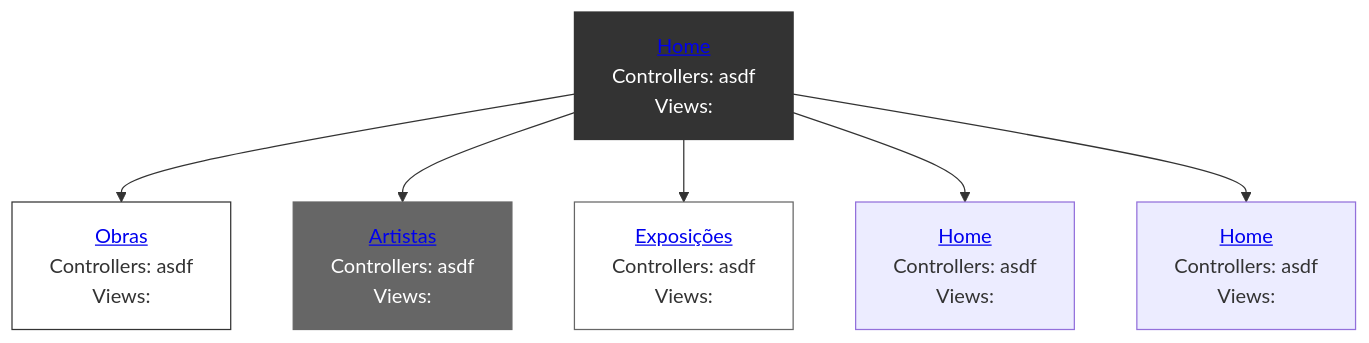
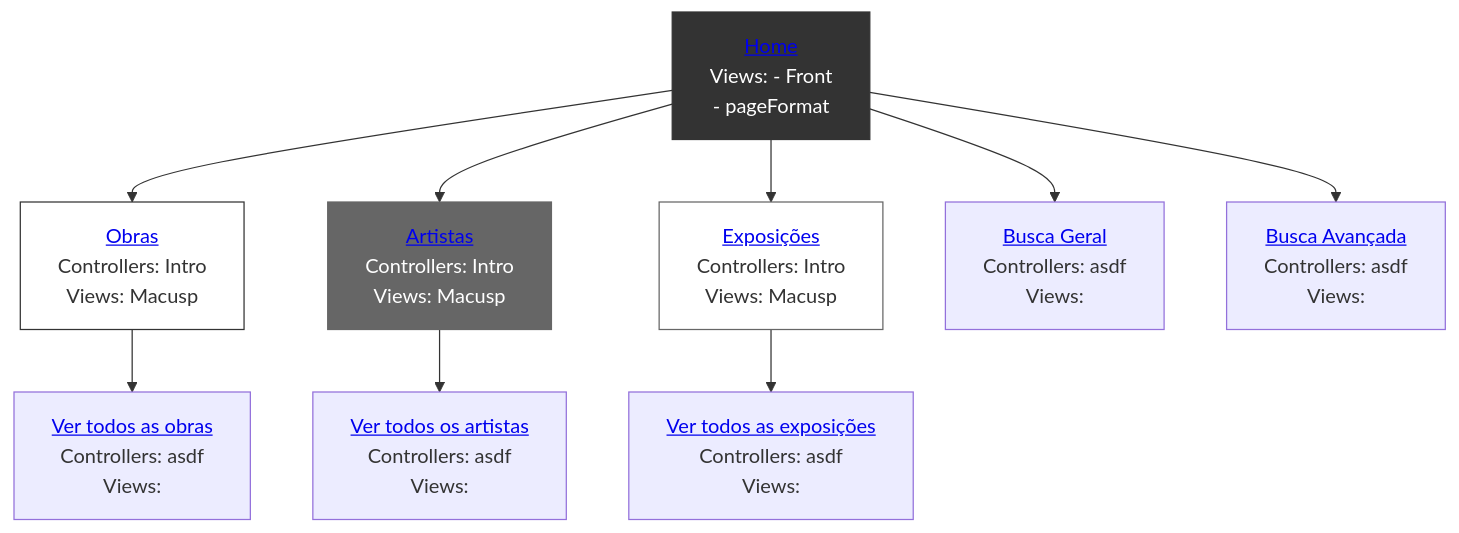
Before and after one commit to reynaldocv/macusp: the diagram in README.md, drawn with Mermaid.

````diff
--- a/README.md
+++ b/README.md
@@ -245,23 +245,29 @@
 ```mermaid
 graph TD
     %% Parte superior e inferior del primer puesto
-    home["           <a href='http://143.107.130.173/admacervo/macusp/index.php'> Home </a>                 <br> Controllers: asdf <br> Views: "]
-    works["          <a href='http://143.107.130.173/admacervo/macusp/index.php/Intro/works'>Obras</a>      <br> Controllers: asdf <br> Views: "]
-    artists["        <a href='http://143.107.130.173/admacervo/macusp/index.php/Intro/artists'>Artistas</a>   <br> Controllers: asdf <br> Views:"]
-    exhibitions["    <a href='http://143.107.130.173/admacervo/macusp/index.php/Intro/exhibitions'>Exposições</a> <br>  Controllers: asdf <br> Views:"]
-    search["         <a href='https://link.com'>Home</a> <br>  Controllers: asdf <br>  Views: "]
-    advancedSearch[" <a href='https://link.com'>Home</a> <br>  Controllers: </strong> asdf <br>  Views: "]
+    home["           <a href='http://143.107.130.173/admacervo/macusp/index.php'> Home </a> <br> Views: - Front <br> - pageFormat"]
+    works["          <a href='http://143.107.130.173/admacervo/macusp/index.php/Intro/works'>Obras</a>      <br> Controllers: Intro <br> Views: Macusp"]
+    artists["        <a href='http://143.107.130.173/admacervo/macusp/index.php/Intro/artists'>Artistas</a>  <br> Controllers: Intro <br> Views: Macusp"]
+    exhibitions["    <a href='http://143.107.130.173/admacervo/macusp/index.php/Intro/exhibitions'>Exposições</a> <br> Controllers: Intro <br> Views: Macusp"]
+    search["         <a href='https://link.com'> Busca Geral </a> <br>  Controllers: asdf <br>  Views: "]
+    advancedSearch[" <a href='https://link.com'> Busca Avançada</a> <br>  Controllers: </strong> asdf <br>  Views: "]
+    viewWorks[" <a href='https://link.com'> Ver todos as obras</a> <br>  Controllers: </strong> asdf <br>  Views: "]
+    viewArtists[" <a href='https://link.com'> Ver todos os artistas</a> <br>  Controllers: </strong> asdf <br>  Views: "]
+    viewExhibitions[" <a href='https://link.com'> Ver todos as exposições</a> <br>  Controllers: </strong> asdf <br>  Views: "]
     
     %% Conexión del organigrama (une la parte inferior de uno con la superior del otro)
     home --> works
     home --> artists
     home --> exhibitions
     home --> search
     home --> advancedSearch
+    works --> viewWorks
+    artists --> viewArtists    
+    exhibitions --> viewExhibitions
 
     %% Estilos para que parezcan una sola pieza
     style home fill:#333,stroke:#333,color:#fff
     style works fill:#fff,stroke:#333
     style artists fill:#666,stroke:#666,color:#fff
     style exhibitions fill:#fff,stroke:#666
 ```
````
